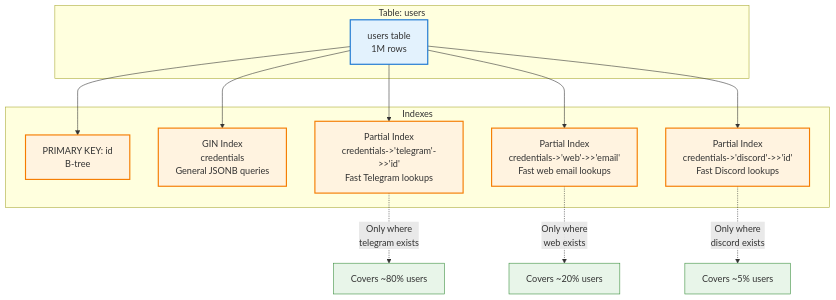
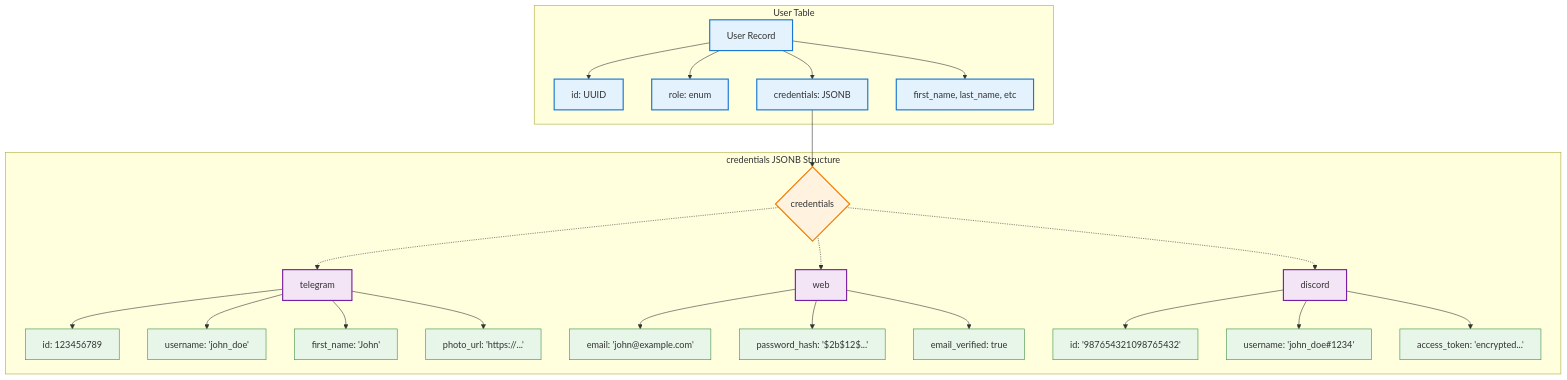
Before and after one commit to aivis-one/velo: the diagram in tech_spec/diagrams/07-user-credentials-jsonb.mermaid, drawn with Mermaid. The commit also changed other lines of this file and 2 other files, not shown here.

````diff
--- a/tech_spec/diagrams/07-user-credentials-jsonb.mermaid
+++ b/tech_spec/diagrams/07-user-credentials-jsonb.mermaid
@@ -127,36 +1,61 @@
-```mermaid
 graph TB
-    subgraph "Table: users"
-        TABLE[users table<br/>1M rows]
+    subgraph "User Table"
+        USER[User Record]
+        ID[id: UUID]
+        ROLE[role: enum]
+        CREDS[credentials: JSONB]
+        PROFILE[first_name, last_name, etc]
     end
     
-    subgraph "Indexes"
-        PK[PRIMARY KEY: id<br/>B-tree]
+    subgraph "credentials JSONB Structure"
+        CREDS_ROOT{credentials}
         
-        GIN[GIN Index<br/>credentials<br/>General JSONB queries]
+        TG[telegram]
+        TG_ID[id: 123456789]
+        TG_USER[username: 'john_doe']
+        TG_NAME[first_name: 'John']
+        TG_PHOTO[photo_url: 'https://...']
         
-        TG_IDX[Partial Index<br/>credentials->'telegram'->>'id'<br/>Fast Telegram lookups]
+        WEB[web]
+        WEB_EMAIL[email: 'john@example.com']
+        WEB_PASS[password_hash: '$2b$12$...']
+        WEB_VERIFIED[email_verified: true]
         
-        WEB_IDX[Partial Index<br/>credentials->'web'->>'email'<br/>Fast web email lookups]
-        
-        DC_IDX[Partial Index<br/>credentials->'discord'->>'id'<br/>Fast Discord lookups]
+        DISCORD[discord]
+        DC_ID[id: '987654321098765432']
+        DC_USER[username: 'john_doe#1234']
+        DC_TOKEN[access_token: 'encrypted...']
     end
     
-    TABLE --> PK
-    TABLE --> GIN
-    TABLE --> TG_IDX
-    TABLE --> WEB_IDX
-    TABLE --> DC_IDX
+    USER --> ID
+    USER --> ROLE
+    USER --> CREDS
+    USER --> PROFILE
     
-    TG_IDX -.-> |"Only where<br/>telegram exists"| TG_PARTIAL[Covers ~80% users]
-    WEB_IDX -.-> |"Only where<br/>web exists"| WEB_PARTIAL[Covers ~20% users]
-    DC_IDX -.-> |"Only where<br/>discord exists"| DC_PARTIAL[Covers ~5% users]
+    CREDS --> CREDS_ROOT
+    
+    CREDS_ROOT -.-> TG
+    TG --> TG_ID
+    TG --> TG_USER
+    TG --> TG_NAME
+    TG --> TG_PHOTO
+    
+    CREDS_ROOT -.-> WEB
+    WEB --> WEB_EMAIL
+    WEB --> WEB_PASS
+    WEB --> WEB_VERIFIED
+    
+    CREDS_ROOT -.-> DISCORD
+    DISCORD --> DC_ID
+    DISCORD --> DC_USER
+    DISCORD --> DC_TOKEN
     
     classDef tableStyle fill:#e3f2fd,stroke:#1976d2,stroke-width:2px
-    classDef indexStyle fill:#fff3e0,stroke:#f57c00,stroke-width:2px
-    classDef partialStyle fill:#e8f5e9,stroke:#388e3c,stroke-width:1px
+    classDef jsonStyle fill:#fff3e0,stroke:#f57c00,stroke-width:2px
+    classDef platformStyle fill:#f3e5f5,stroke:#7b1fa2,stroke-width:2px
+    classDef fieldStyle fill:#e8f5e9,stroke:#388e3c,stroke-width:1px
     
-    class TABLE tableStyle
-    class PK,GIN,TG_IDX,WEB_IDX,DC_IDX indexStyle
-    class TG_PARTIAL,WEB_PARTIAL,DC_PARTIAL partialStyle
-```
+    class USER,ID,ROLE,CREDS,PROFILE tableStyle
+    class CREDS_ROOT jsonStyle
+    class TG,WEB,DISCORD platformStyle
+    class TG_ID,TG_USER,TG_NAME,TG_PHOTO,WEB_EMAIL,WEB_PASS,WEB_VERIFIED,DC_ID,DC_USER,DC_TOKEN fieldStyle
````
